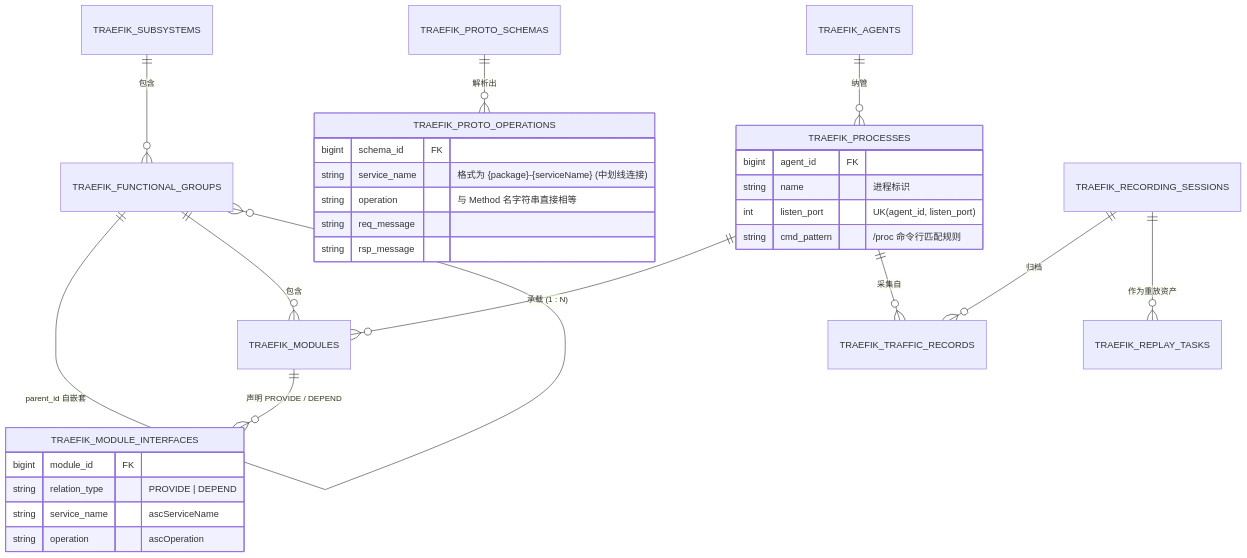
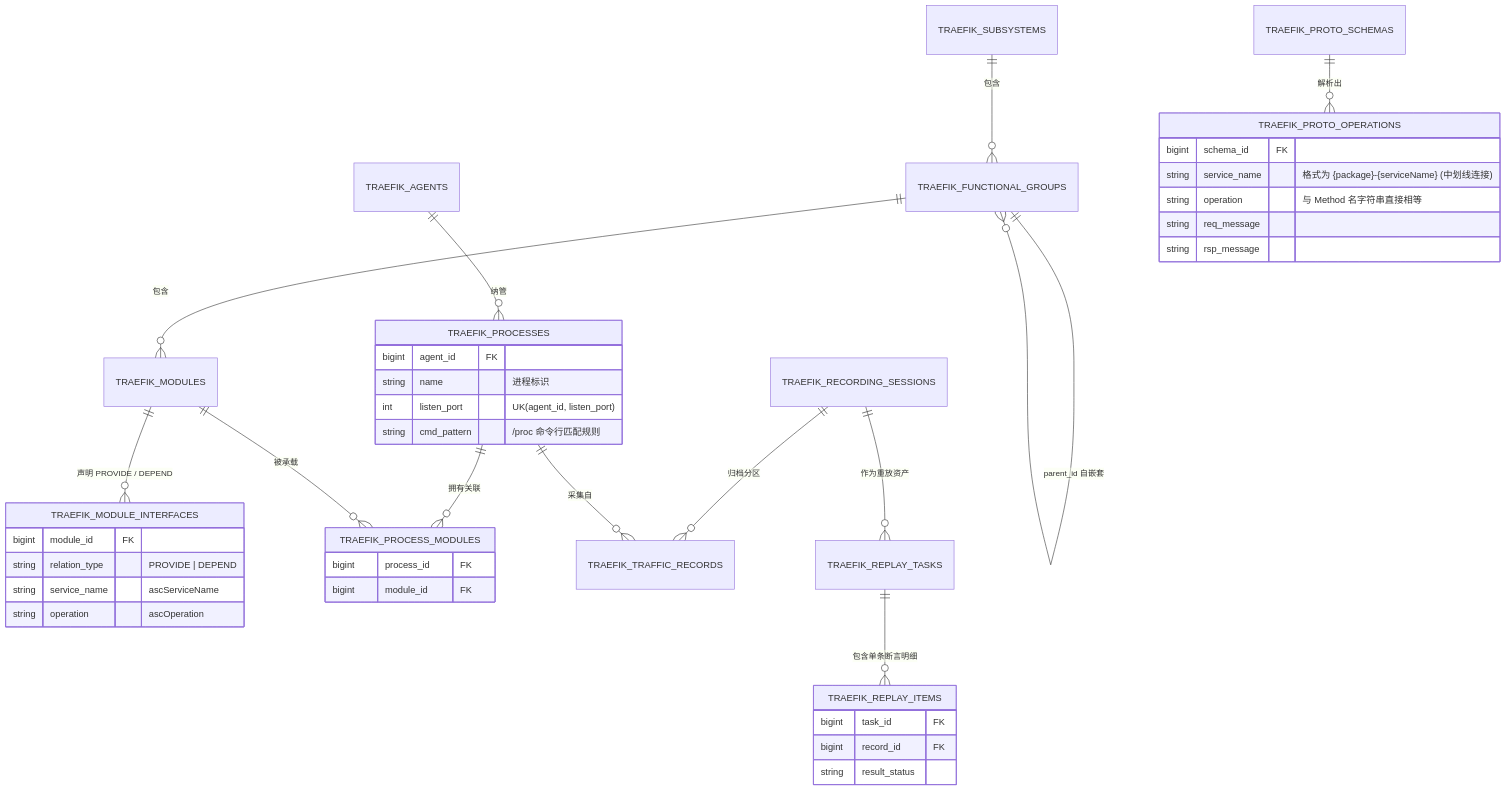
One commit to fugui/code-traefik changed the second of 2 diagrams in docs/01-features/01-feature-matrix.md. Above: the diagram before and after it, drawn with Mermaid. The commit also changed other lines of this file and 9 other files, not shown here.

````diff
--- a/docs/01-features/01-feature-matrix.md
+++ b/docs/01-features/01-feature-matrix.md
@@ -135,33 +137,44 @@
 ```mermaid
 erDiagram
     TRAEFIK_SUBSYSTEMS ||--o{ TRAEFIK_FUNCTIONAL_GROUPS : "包含"
     TRAEFIK_FUNCTIONAL_GROUPS ||--o{ TRAEFIK_FUNCTIONAL_GROUPS : "parent_id 自嵌套"
     TRAEFIK_FUNCTIONAL_GROUPS ||--o{ TRAEFIK_MODULES : "包含"
     TRAEFIK_MODULES ||--o{ TRAEFIK_MODULE_INTERFACES : "声明 PROVIDE / DEPEND"
     TRAEFIK_AGENTS ||--o{ TRAEFIK_PROCESSES : "纳管"
-    TRAEFIK_PROCESSES ||--o{ TRAEFIK_MODULES : "承载 (1 : N)"
+    TRAEFIK_PROCESSES ||--o{ TRAEFIK_PROCESS_MODULES : "拥有关联"
+    TRAEFIK_MODULES ||--o{ TRAEFIK_PROCESS_MODULES : "被承载"
     TRAEFIK_PROTO_SCHEMAS ||--o{ TRAEFIK_PROTO_OPERATIONS : "解析出"
-    TRAEFIK_RECORDING_SESSIONS ||--o{ TRAEFIK_TRAFFIC_RECORDS : "归档"
+    TRAEFIK_RECORDING_SESSIONS ||--o{ TRAEFIK_TRAFFIC_RECORDS : "归档分区"
     TRAEFIK_PROCESSES ||--o{ TRAEFIK_TRAFFIC_RECORDS : "采集自"
     TRAEFIK_RECORDING_SESSIONS ||--o{ TRAEFIK_REPLAY_TASKS : "作为重放资产"
+    TRAEFIK_REPLAY_TASKS ||--o{ TRAEFIK_REPLAY_ITEMS : "包含单条断言明细"
 
     TRAEFIK_MODULE_INTERFACES {
         bigint module_id FK
         string relation_type "PROVIDE | DEPEND"
         string service_name "ascServiceName"
         string operation "ascOperation"
     }
     TRAEFIK_PROCESSES {
         bigint agent_id FK
         string name "进程标识"
         int listen_port "UK(agent_id, listen_port)"
         string cmd_pattern "/proc 命令行匹配规则"
     }
+    TRAEFIK_PROCESS_MODULES {
+        bigint process_id FK
+        bigint module_id FK
+    }
     TRAEFIK_PROTO_OPERATIONS {
         bigint schema_id FK
         string service_name "格式为 {package}-{serviceName} (中划线连接)"
         string operation "与 Method 名字符串直接相等"
         string req_message
         string rsp_message
     }
+    TRAEFIK_REPLAY_ITEMS {
+        bigint task_id FK
+        bigint record_id FK
+        string result_status
+    }
 ```
````
